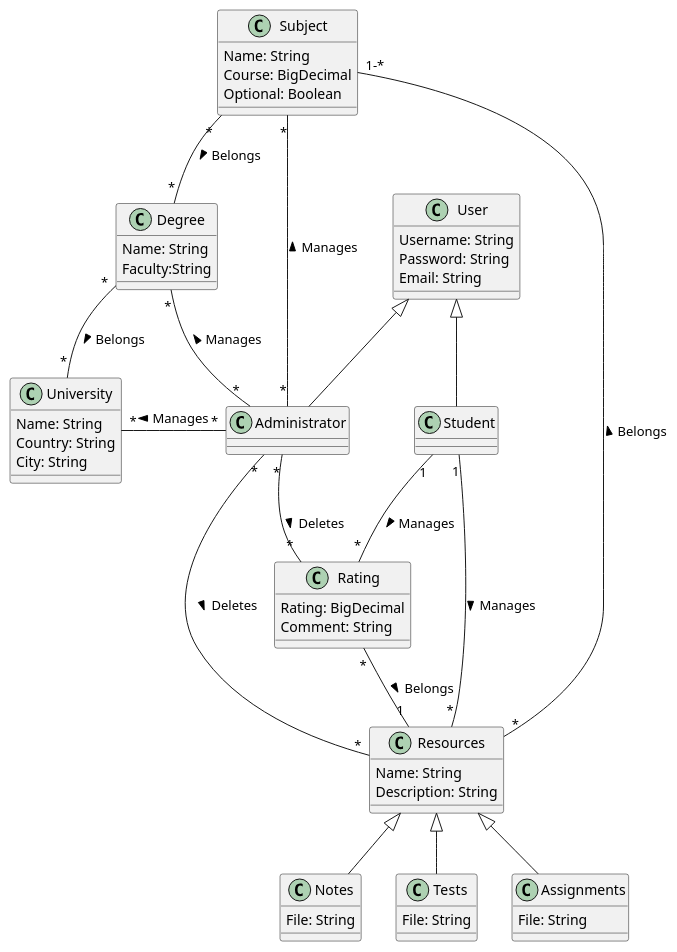
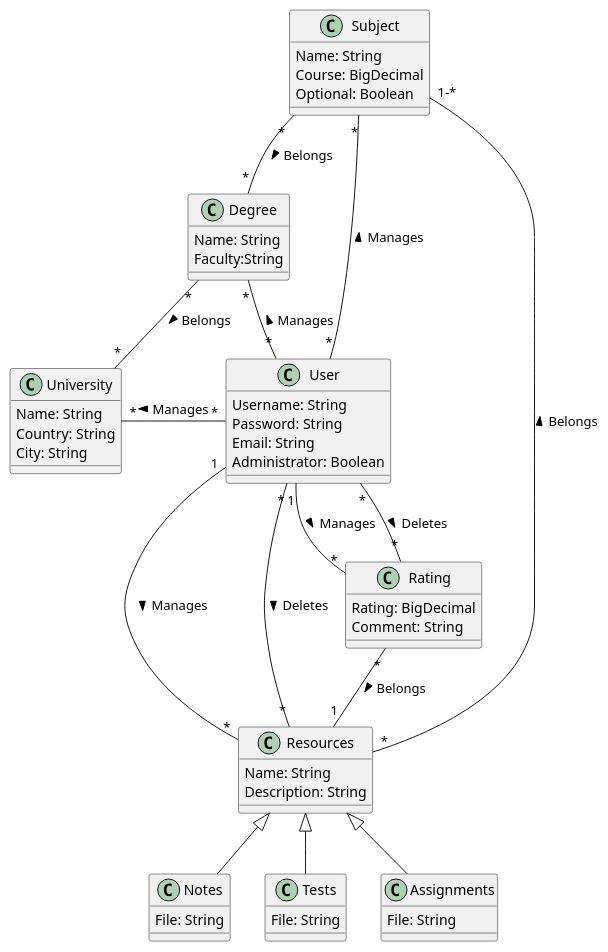
Before and after one commit to UdL-EPS-SoftArch/UniCloud-API: the diagram in EntitiesModel.puml, drawn with PlantUML.

Commit message:
Added initial Entities Model

```diff
--- a/EntitiesModel.puml
+++ b/EntitiesModel.puml
@@ -1,65 +1,60 @@
 @startuml
 class User{
     Username: String
     Password: String
     Email: String
-}
-
-class Student extends User{
-}
-
-class Administrator extends User{
+    Administrator: Boolean
 }
 
 class University{
     Name: String
     Country: String
     City: String
 }
 
 class Degree{
     Name: String
     Faculty:String
 }
 
 class Subject{
     Name: String
     Course: BigDecimal
     Optional: Boolean
 }
 
 class Resources{
     Name: String
     Description: String
 }
 
 class Notes extends Resources{
     File: String
 }
 
 class Tests extends Resources{
     File: String
 }
 
 class Assignments extends Resources{
     File: String
 }
 
 class Rating{
     Rating: BigDecimal
     Comment: String
 }
 
 
-Student "1" -- "*" Resources: Manages >
-Student "1" -- "*" Rating: Manages >
-Administrator "*" --left-- "*" University: Manages >
-Administrator "*" --left-- "*" Degree: Manages >
-Administrator "*" --left-- "*" Subject: Manages >
-Administrator "*" -- "*" Resources: Deletes >
-Administrator "*" -- "*" Rating: Deletes >
+User "1" -- "*" Resources: Manages >
+User "1" -- "*" Rating: Manages >
+User "*" --left-- "*" University: Manages >
+User "*" --left-- "*" Degree: Manages >
+User "*" --left-- "*" Subject: Manages >
+User "*" -- "*" Resources: Deletes >
+User "*" -- "*" Rating: Deletes >
 Rating "*" -- "1" Resources: Belongs >
 Resources "*" -- "1-*" Subject: Belongs >
 Subject "*" -- "*" Degree: Belongs >
 Degree "*" -- "*" University: Belongs >
 @enduml
```
